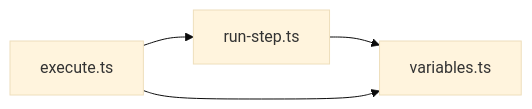
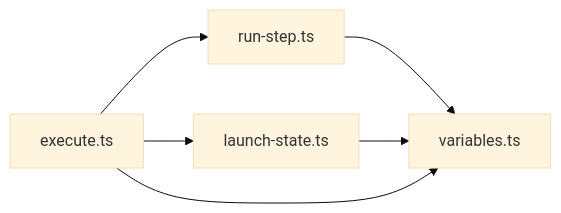
One commit to yike2/Jevwright changed the second of 2 diagrams in docs/tech/executor.md. Above: the diagram before and after it, drawn with Mermaid (base theme). The commit also changed other lines of this file and 6 other files, not shown here.

````diff
--- a/docs/tech/executor.md
+++ b/docs/tech/executor.md
@@ -216,6 +219,8 @@
 ```mermaid
 flowchart LR
   execute[execute.ts] --> step[run-step.ts]
+  execute --> state[launch-state.ts]
   step --> vars[variables.ts]
+  state --> vars
   execute --> vars
 ```
````
